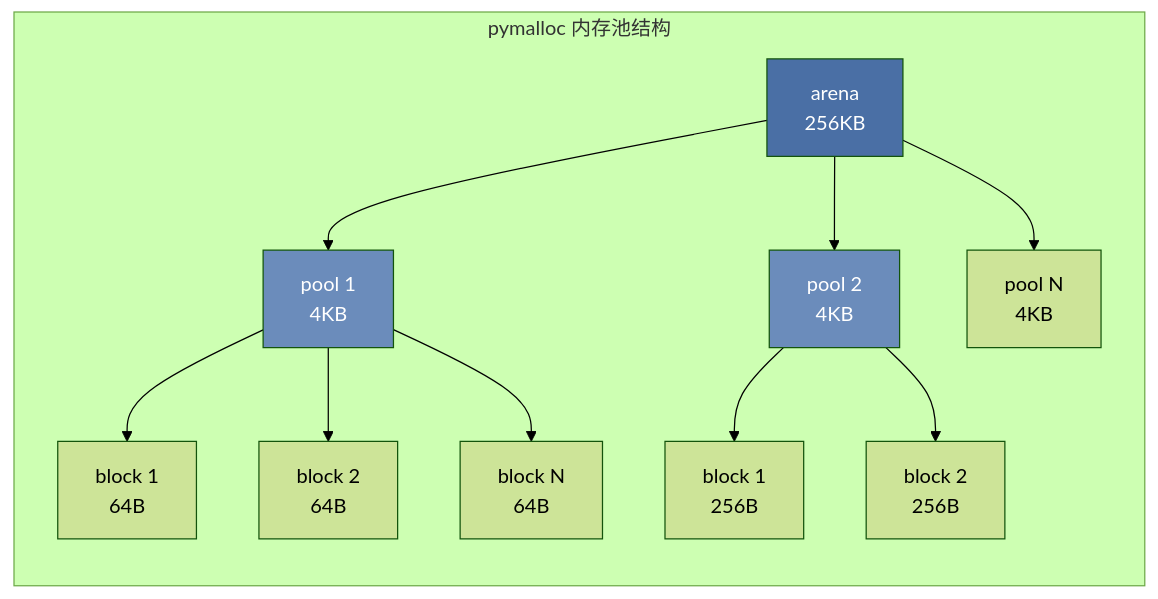
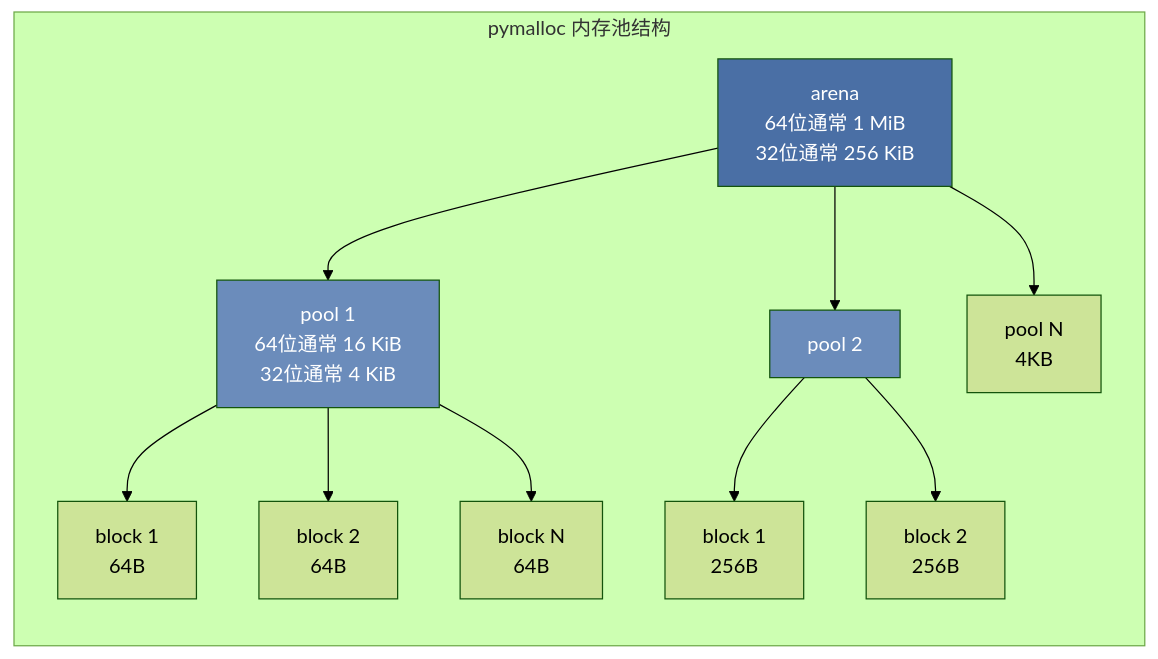
Before and after one commit to BeefWrap4/LLM-Knowledge-Base: the second of 8 diagrams in 06_Python内存管理与垃圾回收.md, drawn with Mermaid (forest theme). The commit also changed other lines of this file and 454 other files, not shown here.

````diff
--- a/06_Python内存管理与垃圾回收.md
+++ b/06_Python内存管理与垃圾回收.md
@@ -53,19 +53,19 @@
 ```mermaid
 flowchart LR
     subgraph "pymalloc 内存池结构"
-        A[arena<br/>256KB] --> B[pool 1<br/>4KB]
-        A --> C[pool 2<br/>4KB]
+        A["arena<br/>64位通常 1 MiB<br/>32位通常 256 KiB"] --> B["pool 1<br/>64位通常 16 KiB<br/>32位通常 4 KiB"]
+        A --> C["pool 2"]
         A --> D[pool N<br/>4KB]
         
         B --> B1[block 1<br/>64B]
         B --> B2[block 2<br/>64B]
         B --> B3[block N<br/>64B]
         
         C --> C1[block 1<br/>256B]
         C --> C2[block 2<br/>256B]
     end
     
     style A fill:#4A6FA5,color:#fff
     style B fill:#6B8CBB,color:#fff
     style C fill:#6B8CBB,color:#fff
 ```
````
